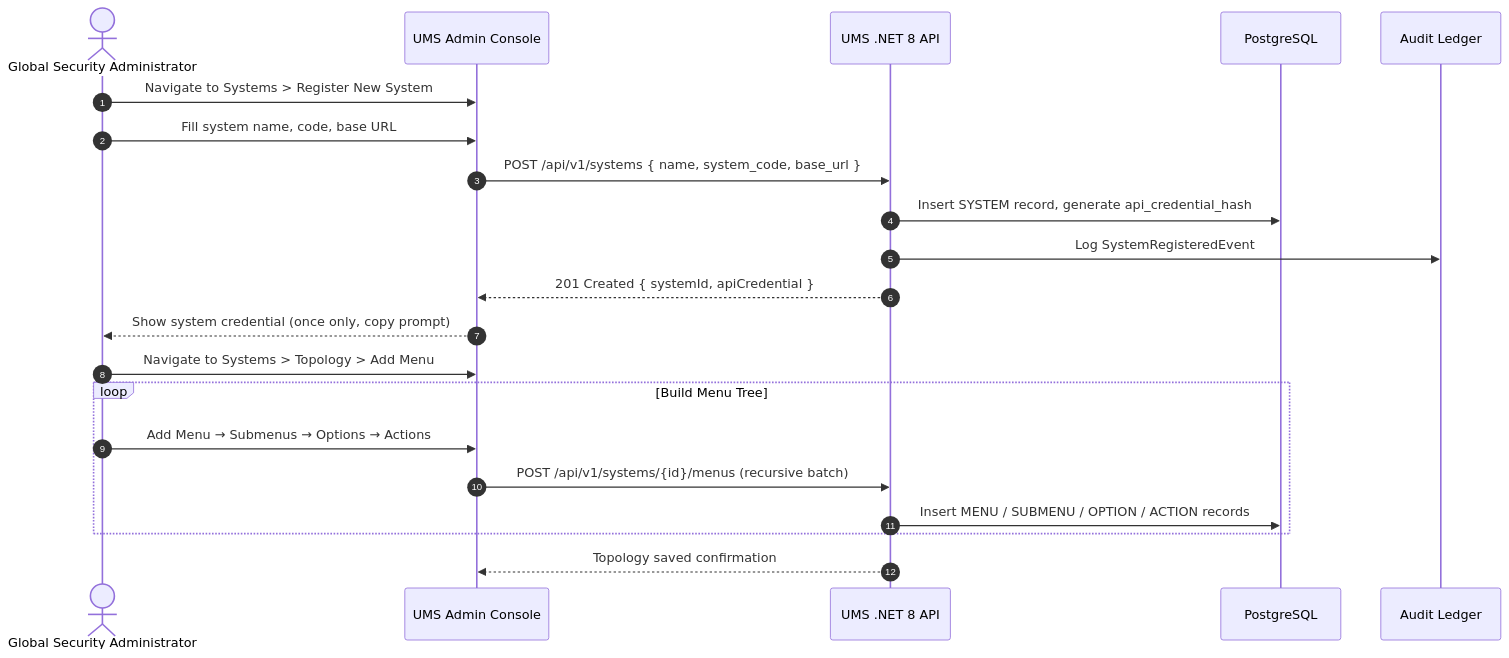
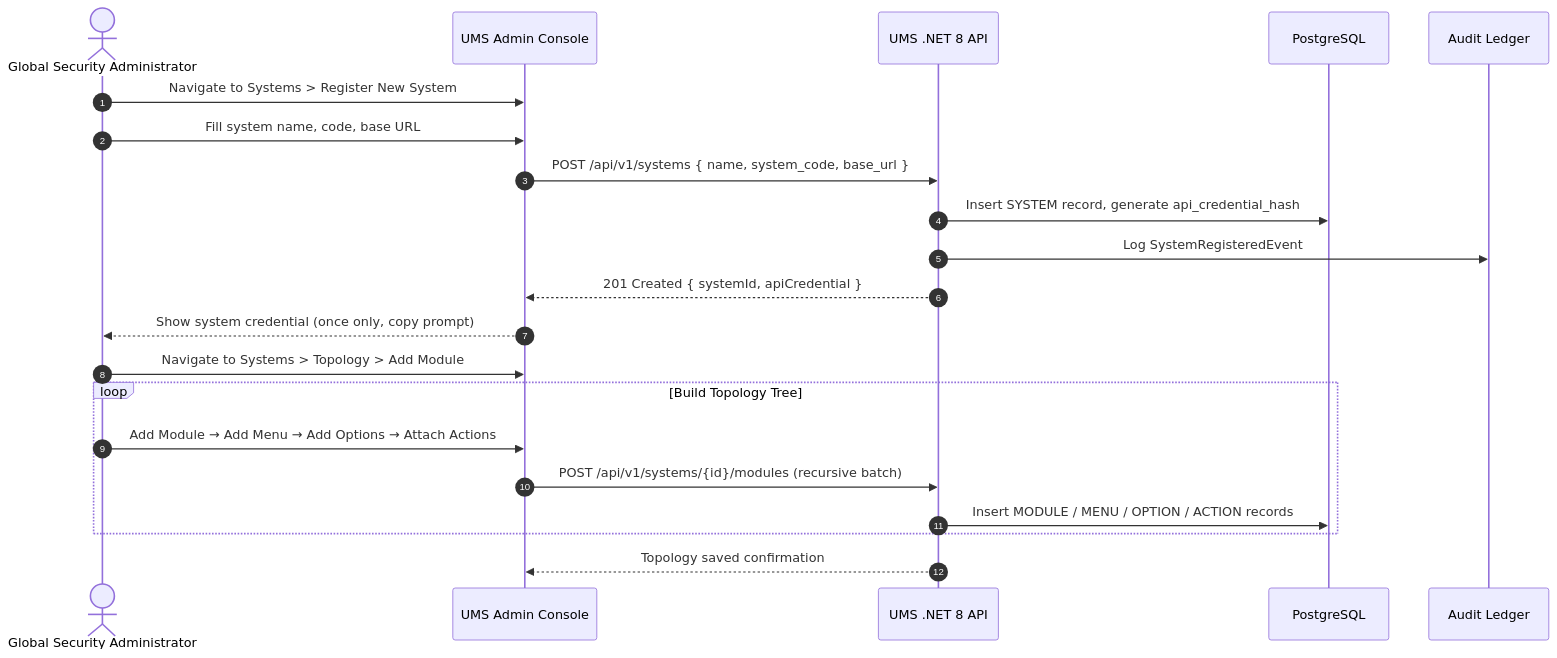
One commit to beyondnetcode/ums changed the diagram in src/ums-workspace/docs/en/01-requirements/functional-stories/fs-04-register-system-topology.md. Above: the diagram before and after it, drawn with Mermaid. The commit also changed other lines of this file and 132 other files, not shown here.

````diff
--- a/src/ums-workspace/docs/en/01-requirements/functional-stories/fs-04-register-system-topology.md
+++ b/src/ums-workspace/docs/en/01-requirements/functional-stories/fs-04-register-system-topology.md
@@ -20,24 +20,24 @@
 ```mermaid
 sequenceDiagram
     autonumber
     actor Admin as Global Security Administrator
     participant Console as UMS Admin Console
     participant API as UMS .NET 8 API
     participant DB as PostgreSQL
     participant Audit as Audit Ledger
 
     Admin->>Console: Navigate to Systems > Register New System
     Admin->>Console: Fill system name, code, base URL
     Console->>API: POST /api/v1/systems { name, system_code, base_url }
     API->>DB: Insert SYSTEM record, generate api_credential_hash
     API->>Audit: Log SystemRegisteredEvent
     API-->>Console: 201 Created { systemId, apiCredential }
     Console-->>Admin: Show system credential (once only, copy prompt)
-    Admin->>Console: Navigate to Systems > Topology > Add Menu
-    loop Build Menu Tree
-        Admin->>Console: Add Menu → Submenus → Options → Actions
-        Console->>API: POST /api/v1/systems/{id}/menus (recursive batch)
-        API->>DB: Insert MENU / SUBMENU / OPTION / ACTION records
+    Admin->>Console: Navigate to Systems > Topology > Add Module
+    loop Build Topology Tree
+        Admin->>Console: Add Module → Add Menu → Add Options → Attach Actions
+        Console->>API: POST /api/v1/systems/{id}/modules (recursive batch)
+        API->>DB: Insert MODULE / MENU / OPTION / ACTION records
     end
     API-->>Console: Topology saved confirmation
 ```
````
